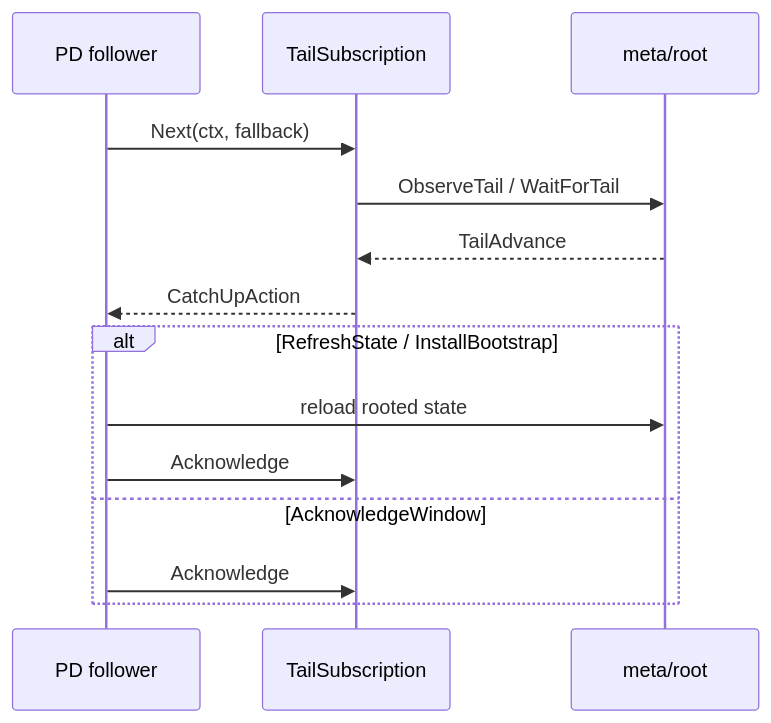
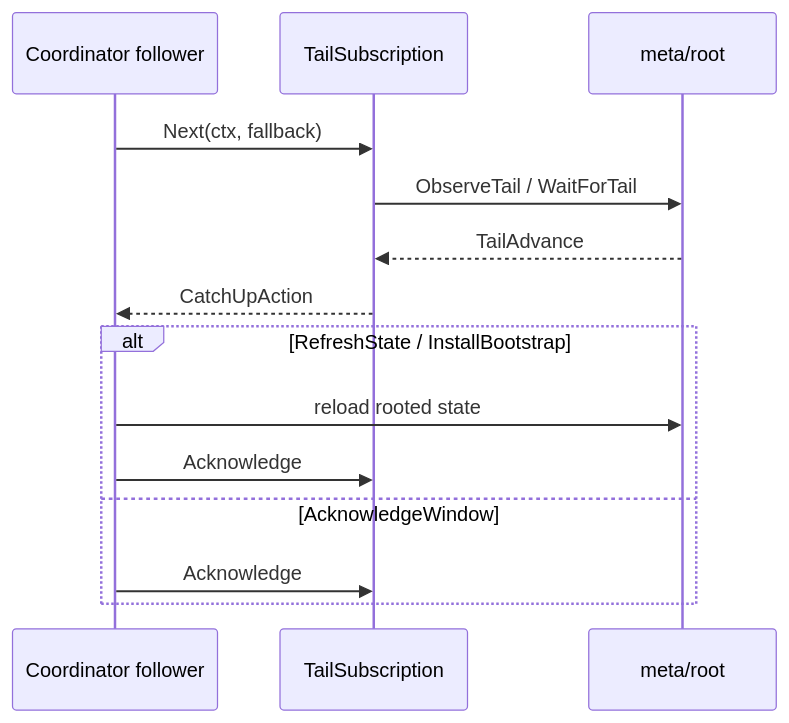
Before and after one commit to feichai0017/NoKV: the fifth of 5 diagrams in docs/notes/2026-04-03-delos-lite-metadata-root-roadmap.md, drawn with Mermaid. The commit also changed other lines of this file and 14 other files, not shown here.

````diff
--- a/docs/notes/2026-04-03-delos-lite-metadata-root-roadmap.md
+++ b/docs/notes/2026-04-03-delos-lite-metadata-root-roadmap.md
@@ -501,17 +499,17 @@
 ```mermaid
 sequenceDiagram
-    participant F as PD follower
+    participant F as Coordinator follower
     participant SUB as TailSubscription
     participant MR as meta/root
 
     F->>SUB: Next(ctx, fallback)
     SUB->>MR: ObserveTail / WaitForTail
     MR-->>SUB: TailAdvance
     SUB-->>F: CatchUpAction
     alt RefreshState / InstallBootstrap
         F->>MR: reload rooted state
         F->>SUB: Acknowledge
     else AcknowledgeWindow
         F->>SUB: Acknowledge
     end
 ```
````
